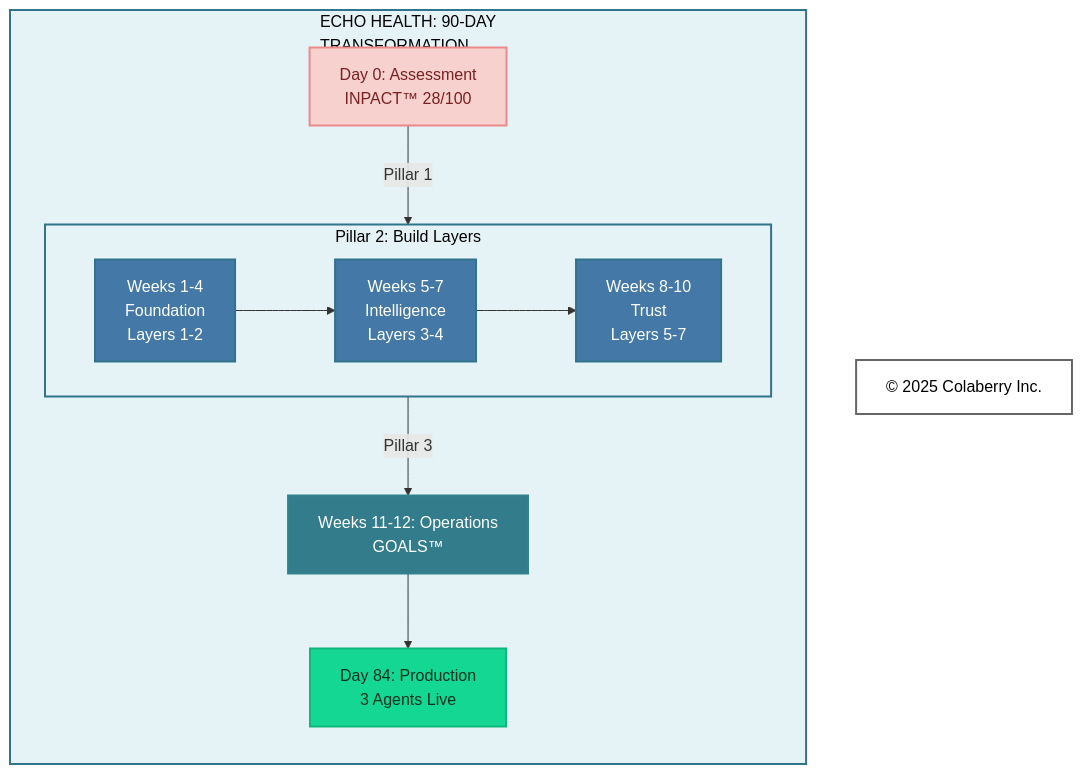
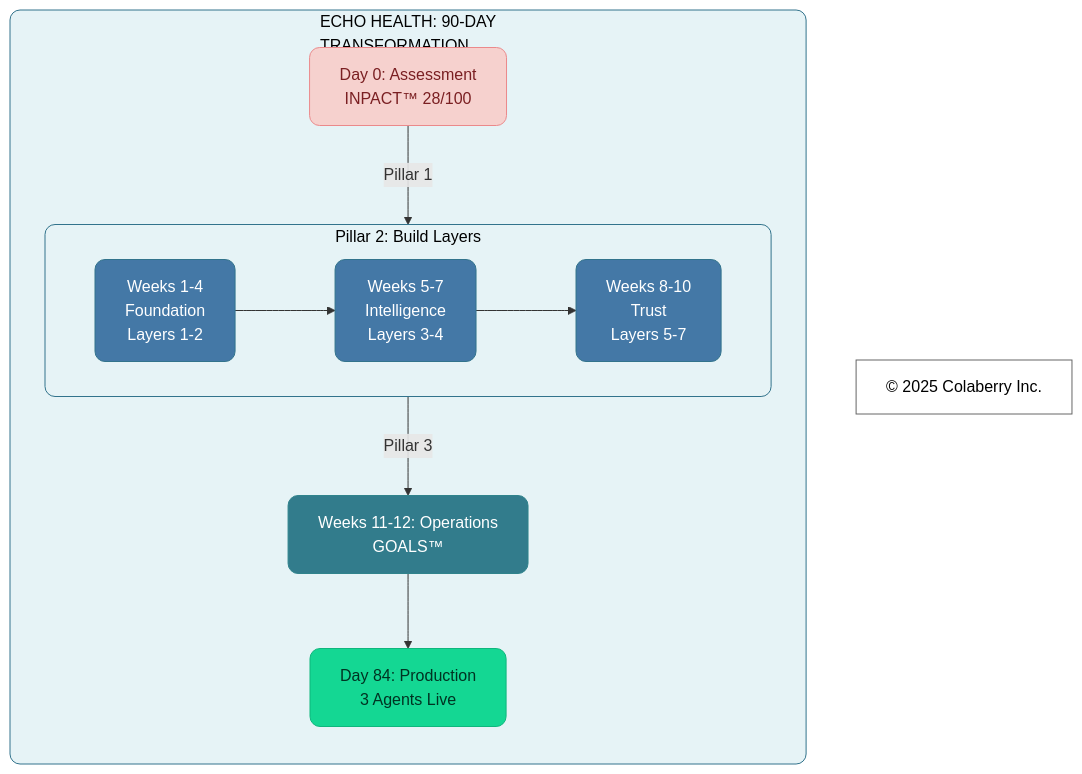
Before and after one commit to colaberry/trust-before-intelligence-book: diagram 11 of 11 in manuscript/09_chapter_8_architecture_of_trust_in_action.md, drawn with Mermaid. The commit also changed other lines of this file and 12 other files, not shown here.

````diff
--- a/manuscript/09_chapter_8_architecture_of_trust_in_action.md
+++ b/manuscript/09_chapter_8_architecture_of_trust_in_action.md
@@ -1074,37 +1074,37 @@
 ```mermaid
 
 graph TB
     subgraph JOURNEY["ECHO HEALTH: 90-DAY <br/>TRANSFORMATION"]
         direction TB
         D0["Day 0: Assessment<br/>INPACT™ 28/100"]
         
         subgraph BUILD["Pillar 2: Build Layers"]
             direction LR
             W4["Weeks 1-4<br/>Foundation<br/>Layers 1-2"]
             W7["Weeks 5-7<br/>Intelligence<br/>Layers 3-4"]
             W10["Weeks 8-10<br/>Trust<br/>Layers 5-7"]
             W4 --> W7 --> W10
         end
         
         W12["Weeks 11-12: Operations<br/>GOALS™"]
         
         FINAL["Day 84: Production<br/>3 Agents Live"]
     end
     
     Copyright["© 2025 Colaberry Inc."]
     
     D0 -->|"Pillar 1"| BUILD
     BUILD -->|"Pillar 3"| W12
     W12 --> FINAL
     
-    style JOURNEY fill:#E6F3F6,stroke:#32738C,stroke-width:2px,color:#000000
-    style D0 fill:#F6D1CE,stroke:#EB898B,stroke-width:2px,color:#7A1F22
-    style BUILD fill:#E6F3F6,stroke:#32738C,stroke-width:2px,color:#000000
-    style W4 fill:#4478A6,stroke:#32738C,stroke-width:2px,color:#ffffff
-    style W7 fill:#4478A6,stroke:#32738C,stroke-width:2px,color:#ffffff
-    style W10 fill:#4478A6,stroke:#32738C,stroke-width:2px,color:#ffffff
-    style W12 fill:#327C8C,stroke:#30838C,stroke-width:2px,color:#ffffff
-    style FINAL fill:#14D793,stroke:#0FB67D,stroke-width:2px,color:#003322
-    style Copyright fill:#ffffff,stroke:#666666,stroke-width:2px,color:#000000
+    style JOURNEY fill:#E6F3F6,stroke:#32738C,stroke-width:1px,color:#000000,rx:10,ry:10
+    style D0 fill:#F6D1CE,stroke:#EB898B,stroke-width:1px,color:#7A1F22,rx:10,ry:10
+    style BUILD fill:#E6F3F6,stroke:#32738C,stroke-width:1px,color:#000000,rx:10,ry:10
+    style W4 fill:#4478A6,stroke:#32738C,stroke-width:1px,color:#ffffff,rx:10,ry:10
+    style W7 fill:#4478A6,stroke:#32738C,stroke-width:1px,color:#ffffff,rx:10,ry:10
+    style W10 fill:#4478A6,stroke:#32738C,stroke-width:1px,color:#ffffff,rx:10,ry:10
+    style W12 fill:#327C8C,stroke:#30838C,stroke-width:1px,color:#ffffff,rx:10,ry:10
+    style FINAL fill:#14D793,stroke:#0FB67D,stroke-width:1px,color:#003322,rx:10,ry:10
+    style Copyright fill:none,stroke:#666666,stroke-width:1px,color:#000000
 
 ```
````
